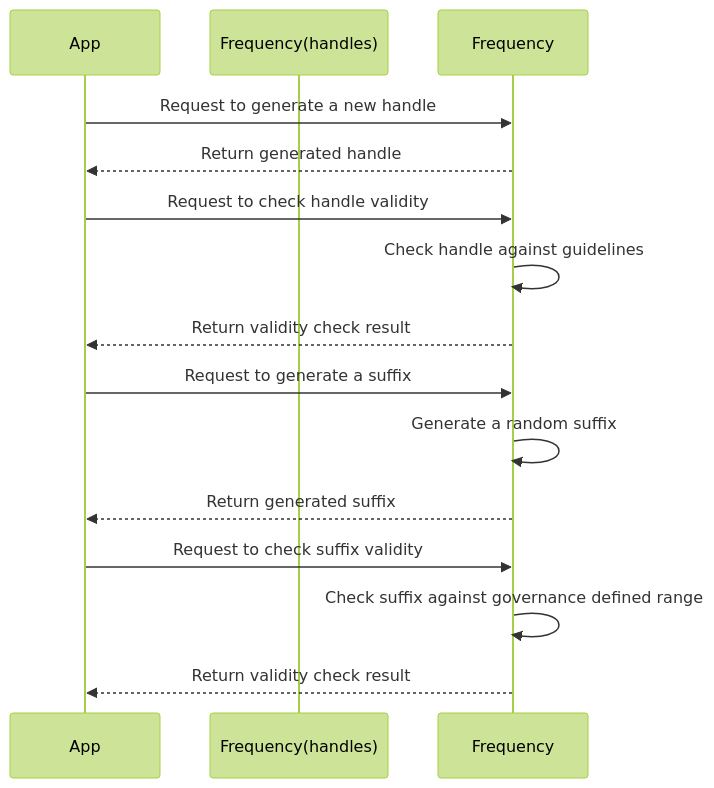
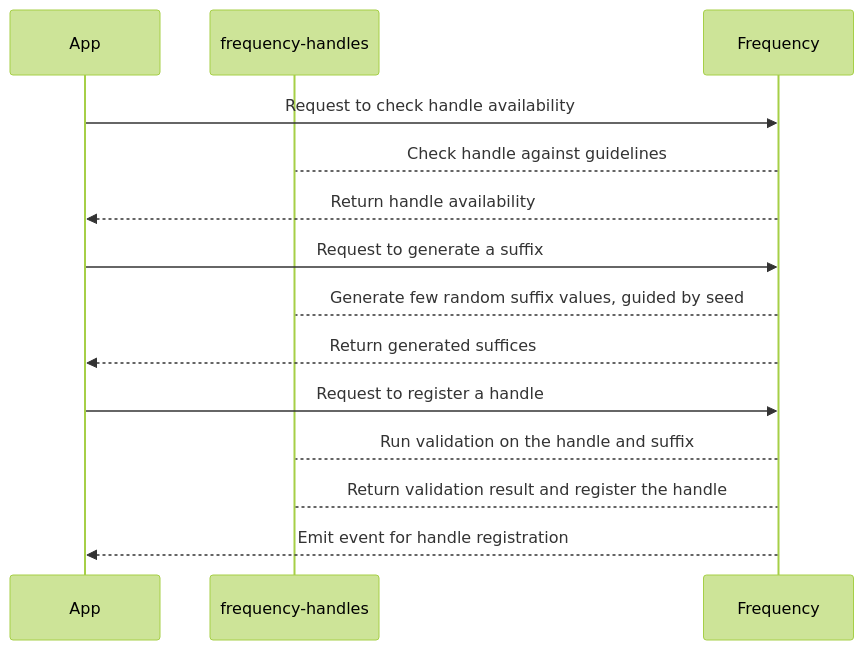
The second of 2 diagrams in designdocs/user-handles.md (frequency-chain/frequency), drawn with Mermaid (forest theme) before and after one commit.

Commit message:
simplify crate interaction diag

````diff
--- a/designdocs/user-handles.md
+++ b/designdocs/user-handles.md
@@ -274,16 +274,15 @@
 ```mermaid
 sequenceDiagram
     participant App
-    participant frequency-handles as Frequency(handles)
-    App->>Frequency: Request to generate a new handle
-    Frequency-->>App: Return generated handle
-    App->>Frequency: Request to check handle validity
-    Frequency->>Frequency: Check handle against guidelines
-    Frequency-->>App: Return validity check result
+    participant frequency-handles
+    App->>Frequency: Request to check handle availability
+    Frequency-->frequency-handles: Check handle against guidelines
+    Frequency -->> App: Return handle availability
     App->>Frequency: Request to generate a suffix
-    Frequency->>Frequency: Generate a random suffix
-    Frequency-->>App: Return generated suffix
-    App->>Frequency: Request to check suffix validity
-    Frequency->>Frequency: Check suffix against governance defined range
-    Frequency-->>App: Return validity check result
+    Frequency-->frequency-handles: Generate few random suffix values, guided by seed
+    Frequency-->>App: Return generated suffices
+    App->>Frequency: Request to register a handle
+    Frequency-->frequency-handles: Run validation on the handle and suffix
+    frequency-handles-->Frequency: Return validation result and register the handle
+    Frequency-->>App: Emit event for handle registration
 ```
````
